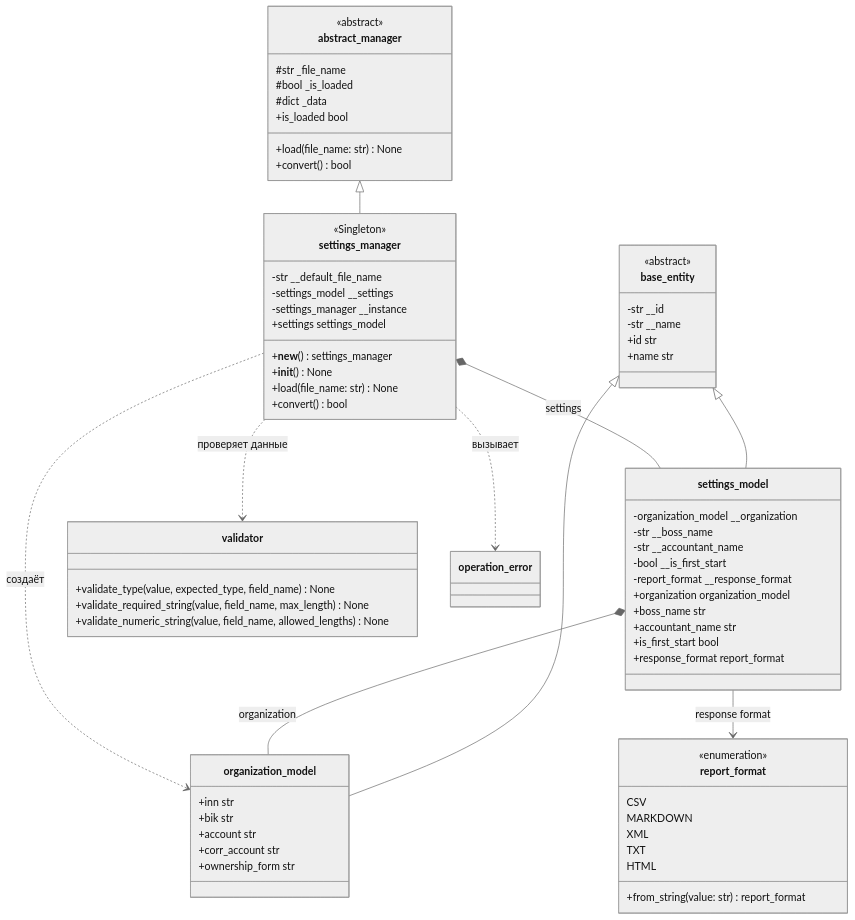
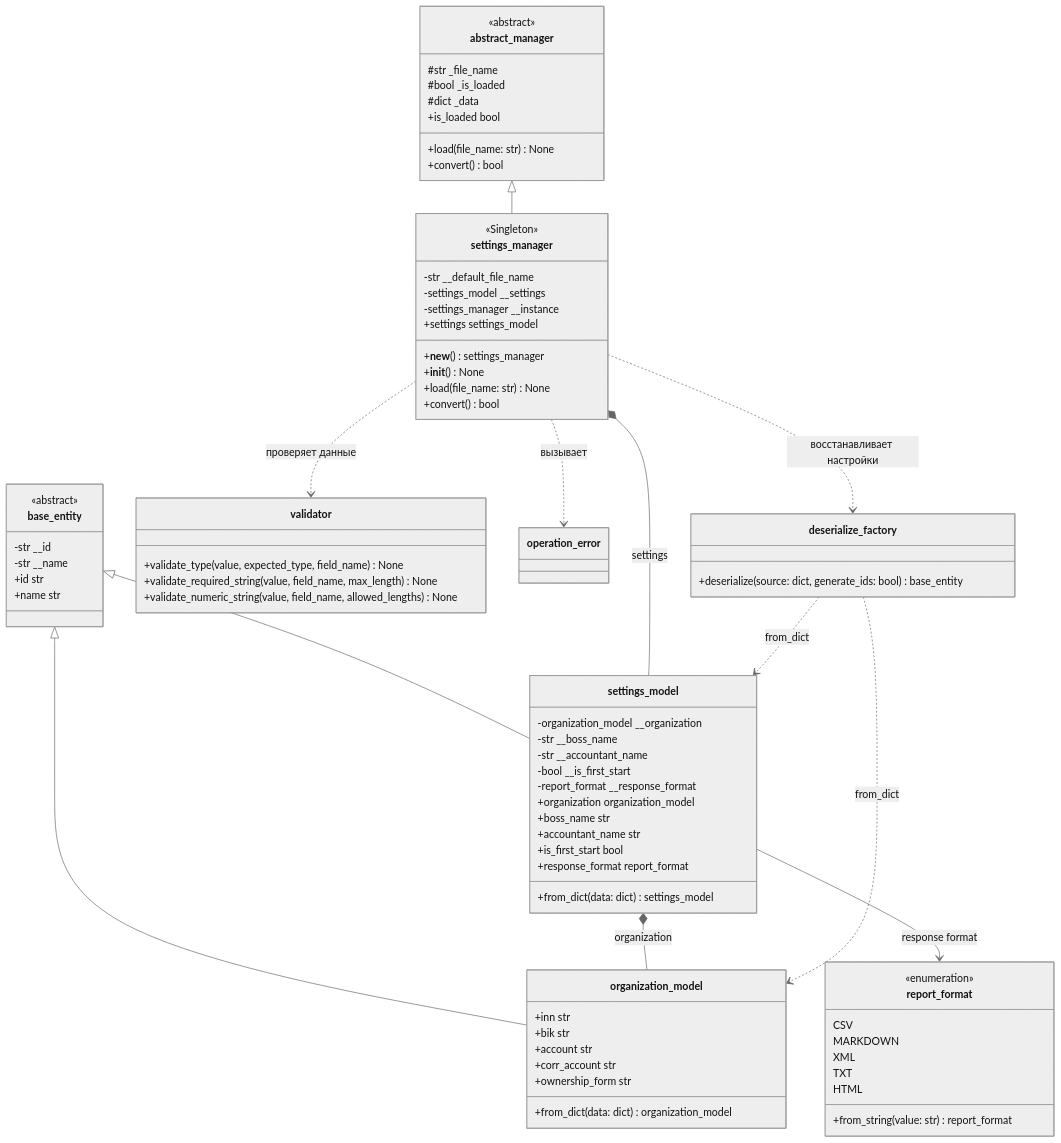
One commit to NikShep21/patterns2026 changed the first of 2 diagrams in Docs/UML/SettingsManager.md. Above: the diagram before and after it, drawn with Mermaid (neutral theme). The commit also changed other lines of this file and 5 other files, not shown here.

Commit message:
document the API and update UML diagrams

````diff
--- a/Docs/UML/SettingsManager.md
+++ b/Docs/UML/SettingsManager.md
@@ -42,6 +42,7 @@
         -str __accountant_name
         -bool __is_first_start
         -report_format __response_format
+        +from_dict(data: dict) settings_model
         +organization organization_model
         +boss_name str
         +accountant_name str
@@ -50,6 +51,7 @@
     }
 
     class organization_model {
+        +from_dict(data: dict) organization_model
         +inn str
         +bik str
         +account str
@@ -64,6 +66,10 @@
     }
 
     class operation_error
+
+    class deserialize_factory {
+        +deserialize(source: dict, generate_ids: bool) base_entity
+    }
 
     class report_format {
         <<enumeration>>
@@ -81,7 +87,9 @@
     settings_manager *-- settings_model : settings
     settings_model *-- organization_model : organization
     settings_model --> report_format : response format
-    settings_manager ..> organization_model : создаёт
+    settings_manager ..> deserialize_factory : восстанавливает настройки
+    deserialize_factory ..> organization_model : from_dict
+    deserialize_factory ..> settings_model : from_dict
     settings_manager ..> validator : проверяет данные
     settings_manager ..> operation_error : вызывает
 ```
````
